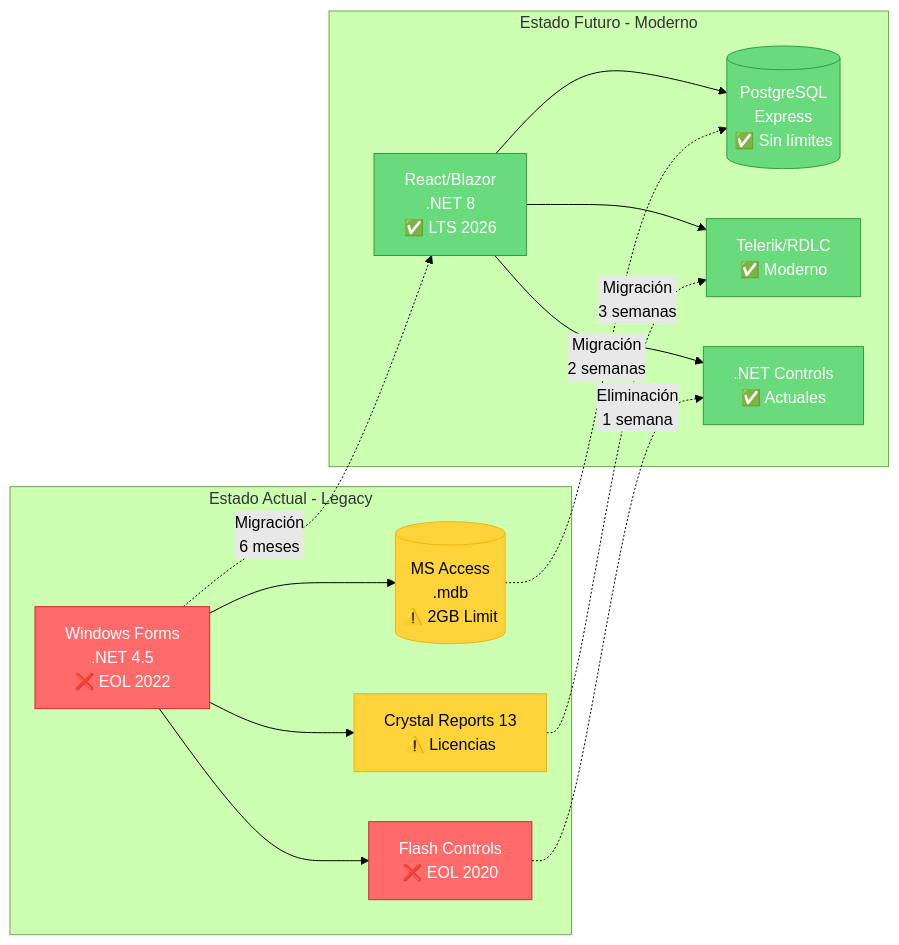
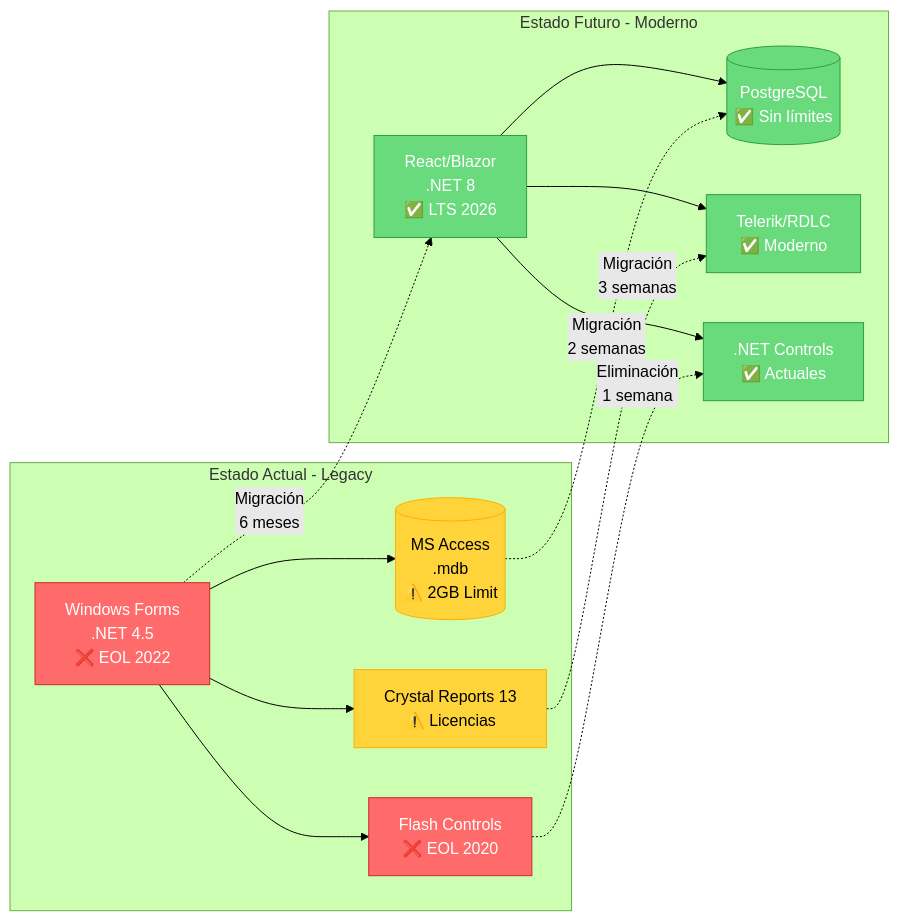
One commit to dleonsystem/sep_evaluacion_diagnostica changed the third of 13 diagrams in DASHBOARD_VISUAL.md. Above: the diagram before and after it, drawn with Mermaid (forest theme).

Commit message:
Update PostgreSQL description in dashboard visual

````diff
--- a/DASHBOARD_VISUAL.md
+++ b/DASHBOARD_VISUAL.md
@@ -61,38 +61,38 @@
 ```mermaid
 graph LR
     subgraph "Estado Actual - Legacy"
         A1[Windows Forms<br/>.NET 4.5<br/>❌ EOL 2022]
         A2[(MS Access<br/>.mdb<br/>⚠️ 2GB Limit)]
         A3[Crystal Reports 13<br/>⚠️ Licencias]
         A4[Flash Controls<br/>❌ EOL 2020]
         
         A1 --> A2
         A1 --> A3
         A1 --> A4
     end
     
     subgraph "Estado Futuro - Moderno"
         B1[React/Blazor<br/>.NET 8<br/>✅ LTS 2026]
-        B2[(PostgreSQL<br/>Express<br/>✅ Sin límites)]
+        B2[(PostgreSQL<br/>✅ Sin límites)]
         B3[Telerik/RDLC<br/>✅ Moderno]
         B4[.NET Controls<br/>✅ Actuales]
         
         B1 --> B2
         B1 --> B3
         B1 --> B4
     end
     
     A1 -.Migración<br/>6 meses.-> B1
     A2 -.Migración<br/>2 semanas.-> B2
     A3 -.Migración<br/>3 semanas.-> B3
     A4 -.Eliminación<br/>1 semana.-> B4
     
     style A1 fill:#ff6b6b,stroke:#c92a2a,color:#fff
     style A2 fill:#ffd43b,stroke:#fab005,color:#000
     style A3 fill:#ffd43b,stroke:#fab005,color:#000
     style A4 fill:#ff6b6b,stroke:#c92a2a,color:#fff
     style B1 fill:#69db7c,stroke:#2f9e44,color:#fff
     style B2 fill:#69db7c,stroke:#2f9e44,color:#fff
     style B3 fill:#69db7c,stroke:#2f9e44,color:#fff
     style B4 fill:#69db7c,stroke:#2f9e44,color:#fff
 ```
````
